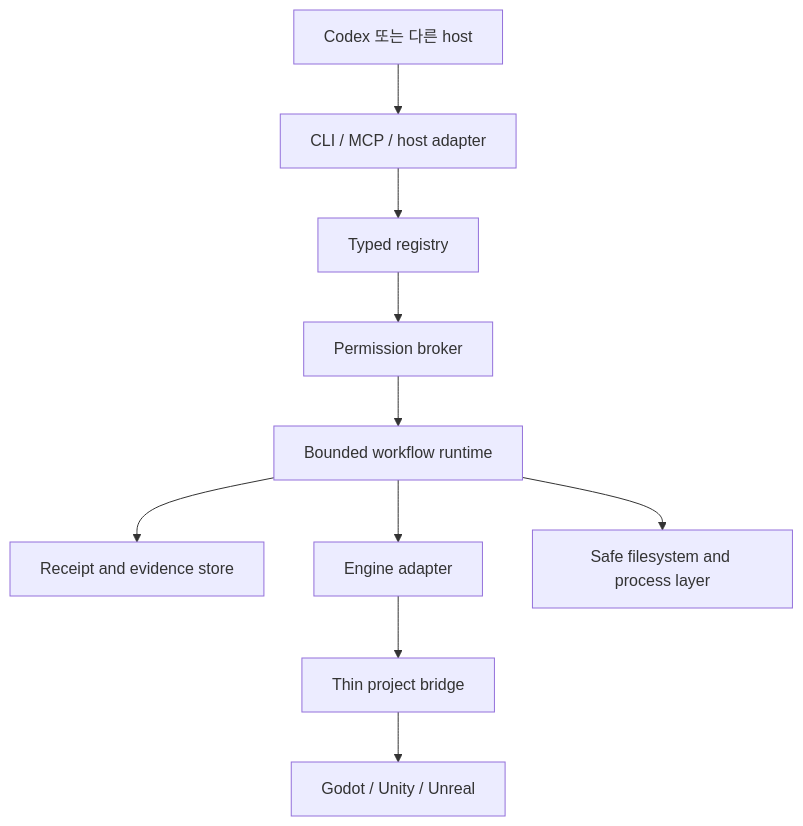
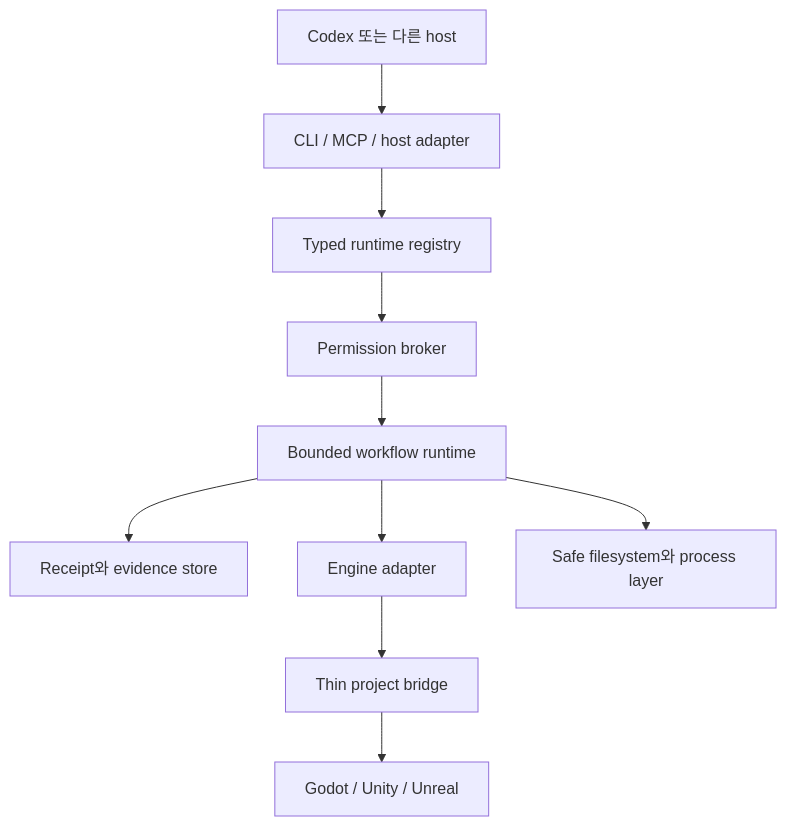
One commit to jukrap/ai-game-playbook changed the diagram in docs/architecture.ko.md. Above: the diagram before and after it, drawn with Mermaid. The commit also changed other lines of this file and 44 other files, not shown here.

````diff
--- a/docs/architecture.ko.md
+++ b/docs/architecture.ko.md
@@ -17,12 +17,12 @@
 ```mermaid
 flowchart TD
     H[Codex 또는 다른 host] --> S[CLI / MCP / host adapter]
-    S --> R[Typed registry]
+    S --> R[Typed runtime registry]
     R --> P[Permission broker]
     P --> W[Bounded workflow runtime]
-    W --> E[Receipt and evidence store]
+    W --> E[Receipt와 evidence store]
     W --> A[Engine adapter]
     A --> B[Thin project bridge]
     B --> G[Godot / Unity / Unreal]
-    W --> F[Safe filesystem and process layer]
+    W --> F[Safe filesystem와 process layer]
 ```
````
